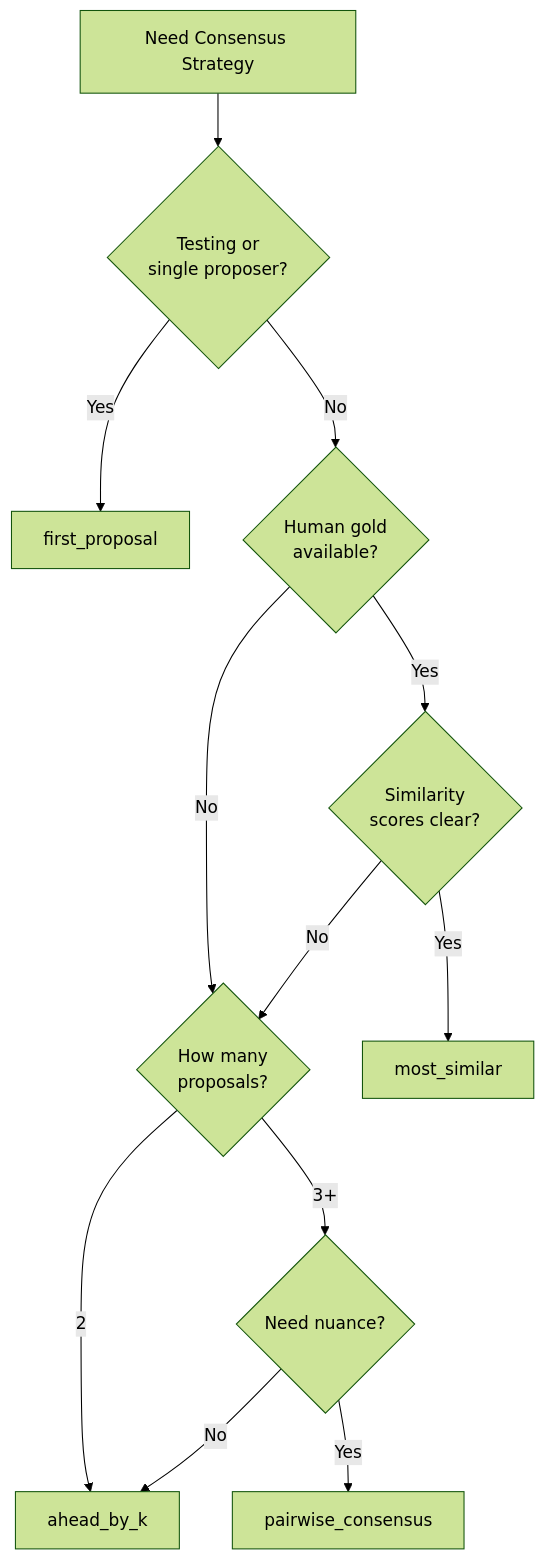
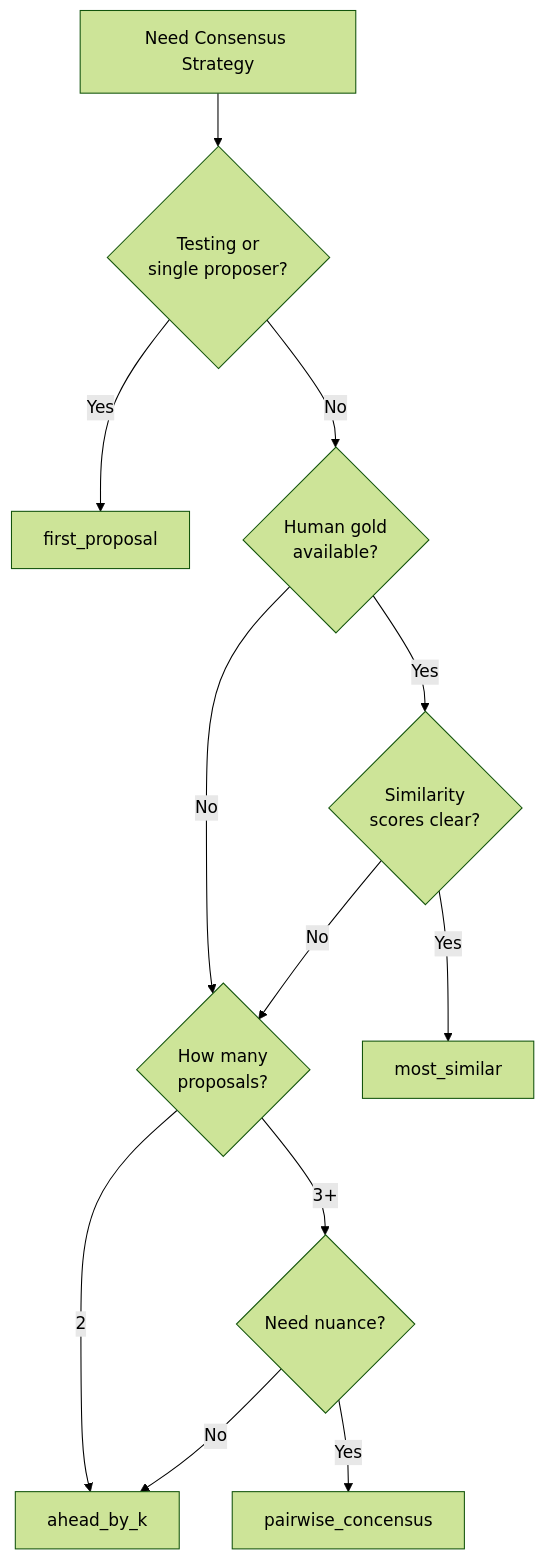
The diagram in website/docs/concepts/consensus-strategies.md (eloquentanalytics/dialai), drawn with Mermaid (forest theme) before and after one commit. The commit also changed other lines of this file and 2 other files, not shown here.

Commit message:
Rename pairwise_consensus to pairwise_concensus

````diff
--- a/website/docs/concepts/consensus-strategies.md
+++ b/website/docs/concepts/consensus-strategies.md
@@ -362,14 +362,14 @@
 ```mermaid
 graph TD
     A[Need Consensus Strategy] --> B{Testing or<br/>single proposer?}
     B -->|Yes| C[first_proposal]
     B -->|No| D{Human gold<br/>available?}
     D -->|Yes| E{Similarity<br/>scores clear?}
     D -->|No| F{How many<br/>proposals?}
     E -->|Yes| G[most_similar]
     E -->|No| F
     F -->|2| H[ahead_by_k]
     F -->|3+| I{Need nuance?}
-    I -->|Yes| J[pairwise_consensus]
+    I -->|Yes| J[pairwise_concensus]
     I -->|No| H
 ```
````
